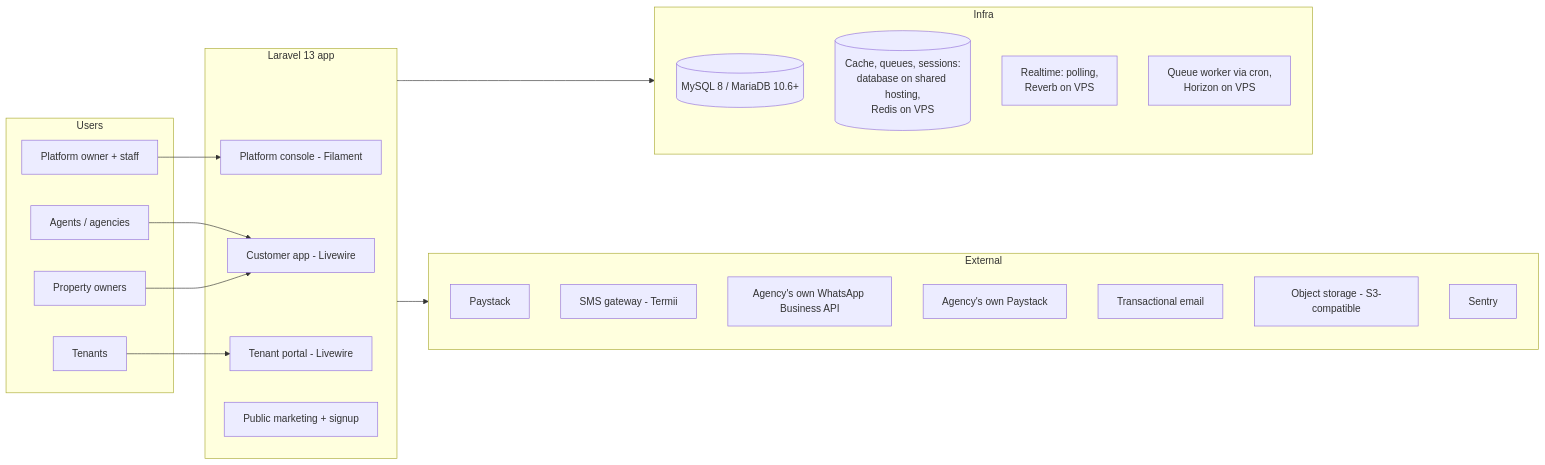
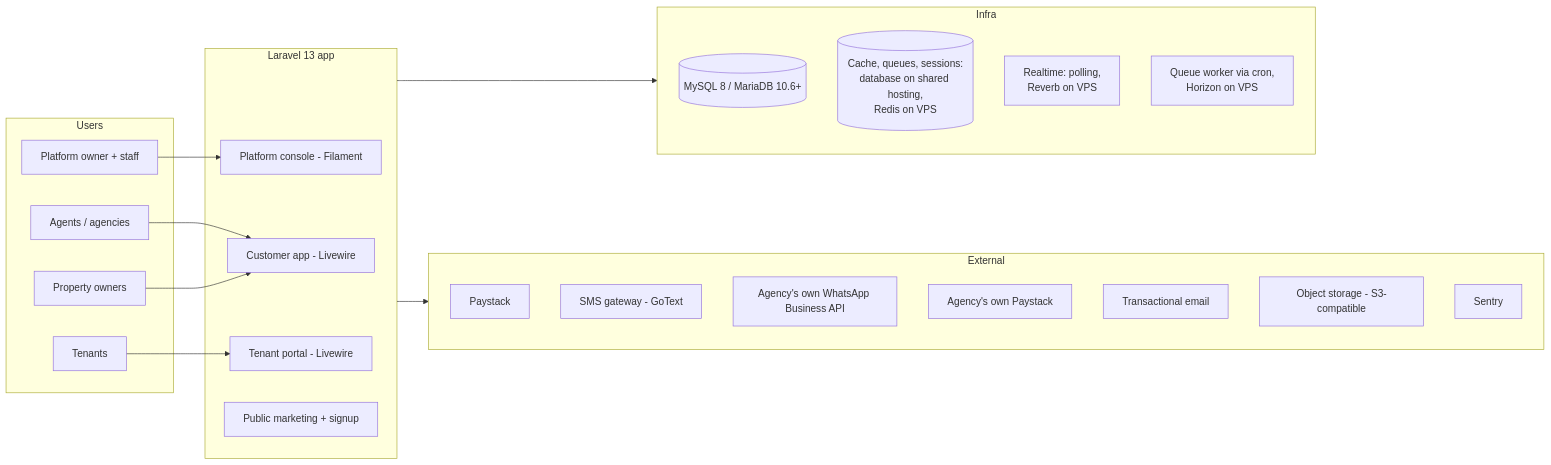
Before and after one commit to thekingchild/Goproperty: the diagram in ARCHITECTURE.md, drawn with Mermaid. The commit also changed other lines of this file and 13 other files, not shown here.

First line of the commit message:
Record the product owner's choice of GoText as the SMS provider

````diff
--- a/ARCHITECTURE.md
+++ b/ARCHITECTURE.md
@@ -9,41 +9,41 @@
 ```mermaid
 flowchart LR
     subgraph Users
         PO[Platform owner + staff]
         AG[Agents / agencies]
         OW[Property owners]
         TE[Tenants]
     end
 
     subgraph GoProperty[Laravel 13 app]
         ADM[Platform console - Filament]
         APP[Customer app - Livewire]
         TP[Tenant portal - Livewire]
         API[Public marketing + signup]
     end
 
     PO --> ADM
     AG --> APP
     OW --> APP
     TE --> TP
 
     subgraph Infra
         DB[(MySQL 8 / MariaDB 10.6+)]
         RD[(Cache, queues, sessions:\ndatabase on shared hosting,\nRedis on VPS)]
         RV[Realtime: polling,\nReverb on VPS]
         WK[Queue worker via cron,\nHorizon on VPS]
     end
 
     subgraph External
         PAY[Paystack]
-        SMS[SMS gateway - Termii]
+        SMS[SMS gateway - GoText]
         WA[Agency's own WhatsApp Business API]
         APS[Agency's own Paystack]
         MAIL[Transactional email]
         S3[Object storage - S3-compatible]
         SNT[Sentry]
     end
 
     GoProperty --> Infra
     GoProperty --> External
 ```
````
